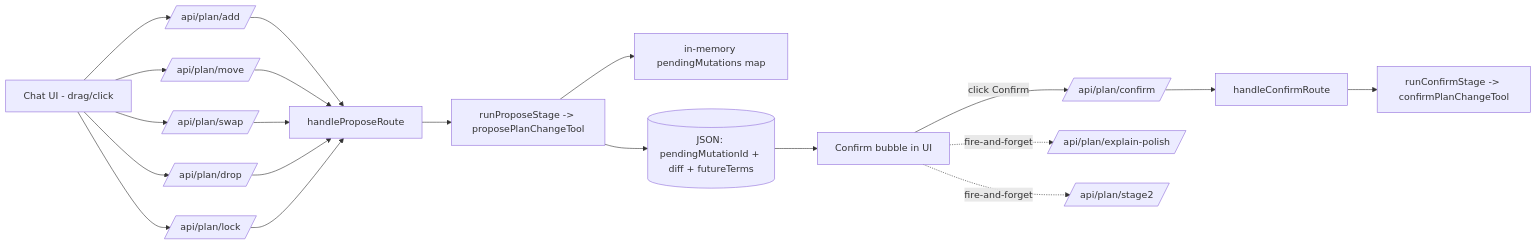
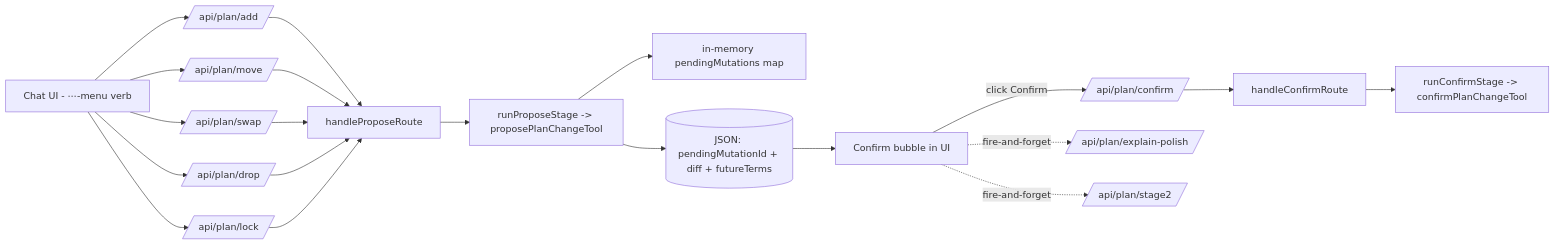
The second of 4 diagrams in Docs/current-system/web/plan-action-routes.md (EdoardoMongardi/NYU_Path), drawn with Mermaid before and after one commit. The commit also changed other lines of this file and 3 other files, not shown here.

````diff
--- a/Docs/current-system/web/plan-action-routes.md
+++ b/Docs/current-system/web/plan-action-routes.md
@@ -33,22 +35,22 @@
 ```mermaid
 flowchart LR
-    UI[Chat UI - drag/click] --> Add[/api/plan/add/]
+    UI[Chat UI - ⋯-menu verb] --> Add[/api/plan/add/]
     UI --> Move[/api/plan/move/]
     UI --> Swap[/api/plan/swap/]
     UI --> Drop[/api/plan/drop/]
     UI --> Lock[/api/plan/lock/]
     Add --> Helper[handleProposeRoute]
     Move --> Helper
     Swap --> Helper
     Drop --> Helper
     Lock --> Helper
     Helper --> Propose[runProposeStage -> proposePlanChangeTool]
     Propose --> Stage[in-memory pendingMutations map]
     Propose --> Resp[(JSON: pendingMutationId + diff + futureTerms)]
     Resp --> Bubble[Confirm bubble in UI]
     Bubble -->|click Confirm| Confirm[/api/plan/confirm/]
     Confirm --> ConfirmHelper[handleConfirmRoute]
     ConfirmHelper --> Apply[runConfirmStage -> confirmPlanChangeTool]
     Bubble -.->|fire-and-forget| Polish[/api/plan/explain-polish/]
     Bubble -.->|fire-and-forget| Stage2[/api/plan/stage2/]
 ```
````
